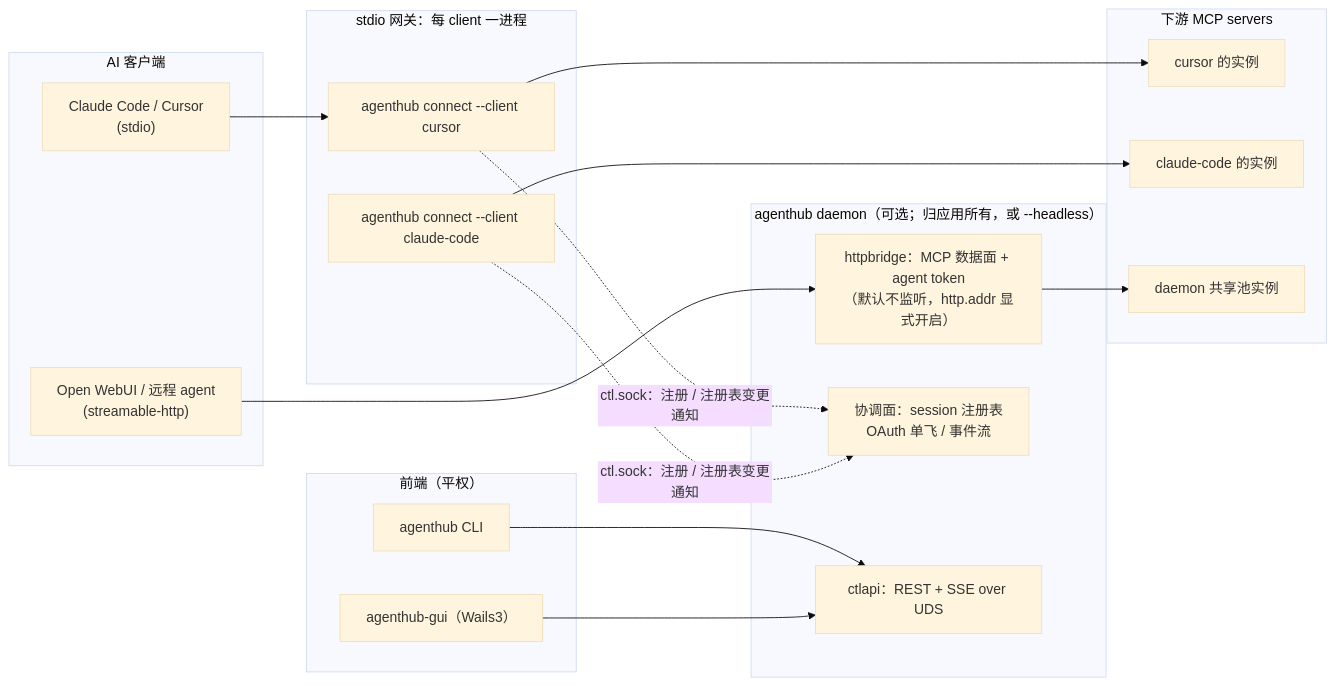
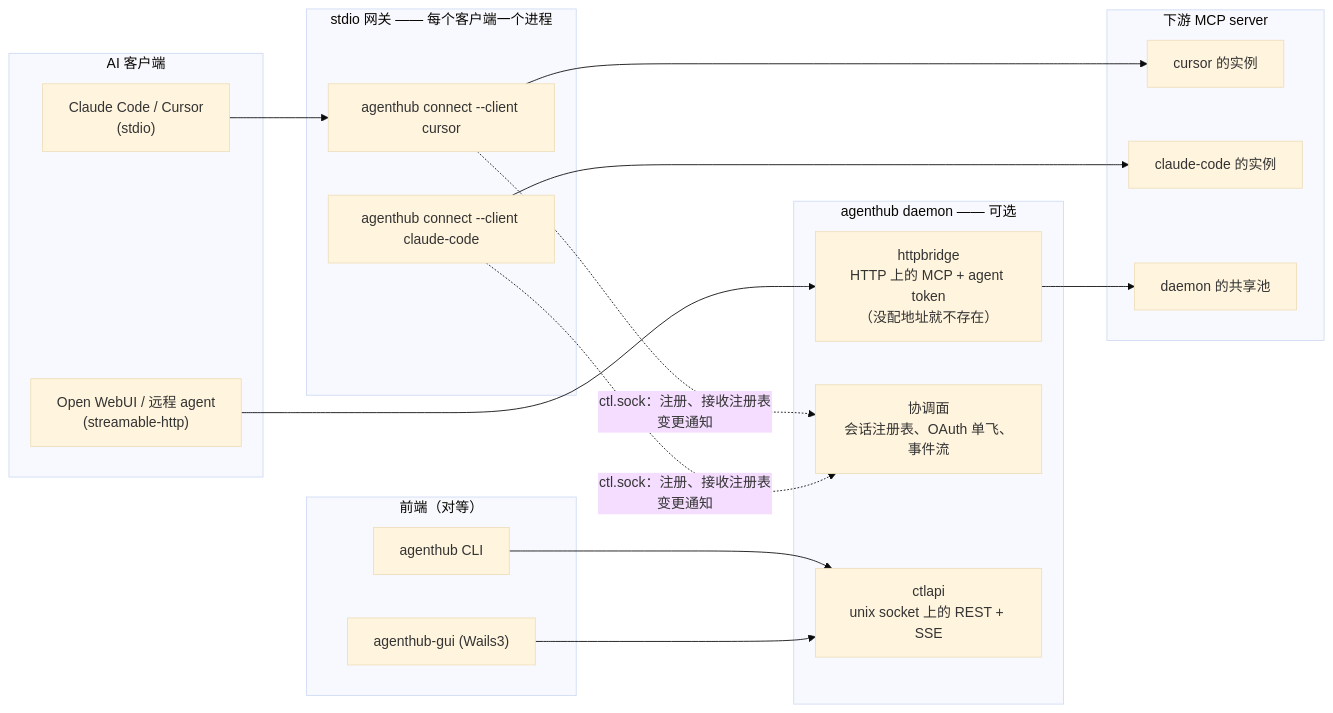
The first of 6 diagrams in docs/zh-CN/architecture.md (dinstein/agent-hub), drawn with Mermaid (base theme) before and after one commit. The commit also changed other lines of this file and 90 other files, not shown here.

First line of the commit message:
docs: rewrite architecture, and cite sections by name

````diff
--- a/docs/zh-CN/architecture.md
+++ b/docs/zh-CN/architecture.md
@@ -25,33 +12,33 @@
 ```mermaid
 flowchart LR
     subgraph clients["AI 客户端"]
         C1["Claude Code / Cursor<br/>(stdio)"]
         C2["Open WebUI / 远程 agent<br/>(streamable-http)"]
     end
-    subgraph gws["stdio 网关：每 client 一进程"]
+    subgraph gws["stdio 网关 —— 每个客户端一个进程"]
         G1["agenthub connect --client cursor"]
         G2["agenthub connect --client claude-code"]
     end
-    subgraph daemon["agenthub daemon（可选；归应用所有，或 --headless）"]
-        H["httpbridge：MCP 数据面 + agent token<br/>（默认不监听，http.addr 显式开启）"]
-        CO["协调面：session 注册表<br/>OAuth 单飞 / 事件流"]
-        CP["ctlapi：REST + SSE over UDS"]
+    subgraph daemon["agenthub daemon —— 可选"]
+        H["httpbridge<br/>HTTP 上的 MCP + agent token<br/>（没配地址就不存在）"]
+        CO["协调面<br/>会话注册表、OAuth 单飞、事件流"]
+        CP["ctlapi<br/>unix socket 上的 REST + SSE"]
     end
-    subgraph front["前端（平权）"]
+    subgraph front["前端（对等）"]
         CLI["agenthub CLI"]
-        GUI["agenthub-gui（Wails3）"]
+        GUI["agenthub-gui (Wails3)"]
     end
-    subgraph down["下游 MCP servers"]
+    subgraph down["下游 MCP server"]
         D1["cursor 的实例"]
         D2["claude-code 的实例"]
-        D3["daemon 共享池实例"]
+        D3["daemon 的共享池"]
     end
     C1 --> G1
     C2 --> H
     G1 --> D1
     G2 --> D2
     H --> D3
-    G1 & G2 -.->|"ctl.sock：注册 / 注册表变更通知"| CO
+    G1 & G2 -.->|"ctl.sock：注册、接收注册表变更通知"| CO
     CLI --> CP
     GUI --> CP
 ```
````
